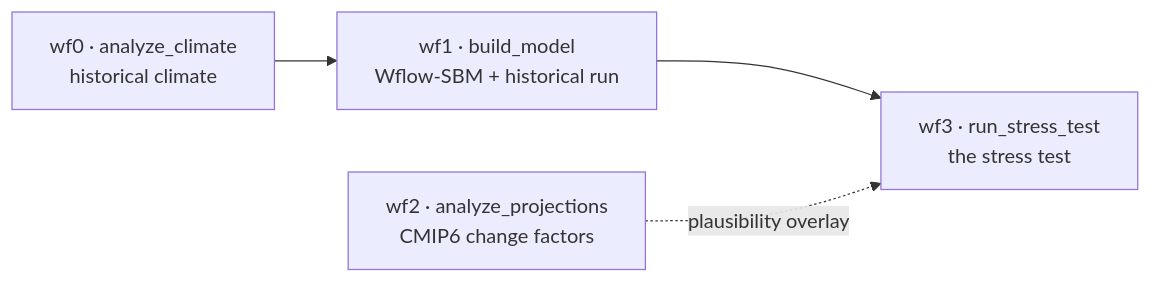
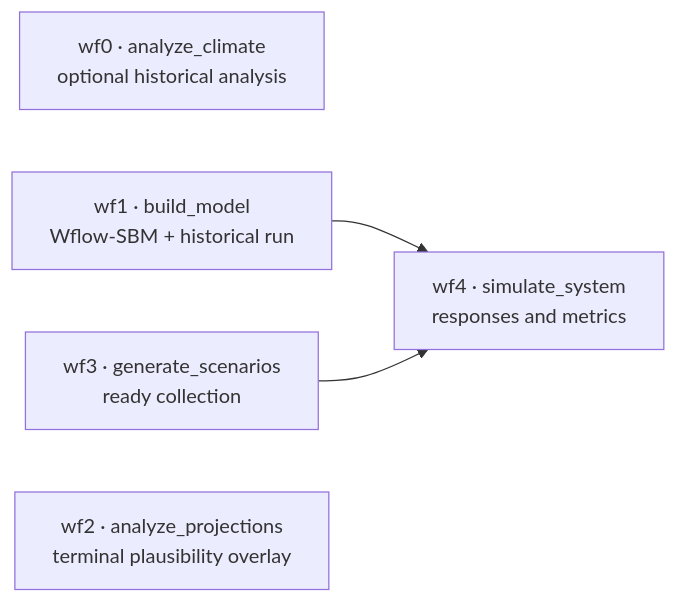
Before and after one commit to tanerumit/blueearth_cst: the diagram in docs/guide/quick-start.qmd, drawn with Mermaid. The commit also changed other lines of this file and 167 other files, not shown here.

````diff
--- a/docs/guide/quick-start.qmd
+++ b/docs/guide/quick-start.qmd
@@ -31,7 +31,8 @@
 ```{mermaid}
 flowchart LR
-    wf0["wf0 · analyze_climate<br/>historical climate"] --> wf1
-    wf1["wf1 · build_model<br/>Wflow-SBM + historical run"] --> wf3
-    wf2["wf2 · analyze_projections<br/>CMIP6 change factors"] -.plausibility overlay.-> wf3
-    wf3["wf3 · run_stress_test<br/>the stress test"]
+    wf0["wf0 · analyze_climate<br/>optional historical analysis"]
+    wf1["wf1 · build_model<br/>Wflow-SBM + historical run"] --> wf4
+    wf3["wf3 · generate_scenarios<br/>ready collection"] --> wf4
+    wf4["wf4 · simulate_system<br/>responses and metrics"]
+    wf2["wf2 · analyze_projections<br/>terminal plausibility overlay"]
 ```
````
